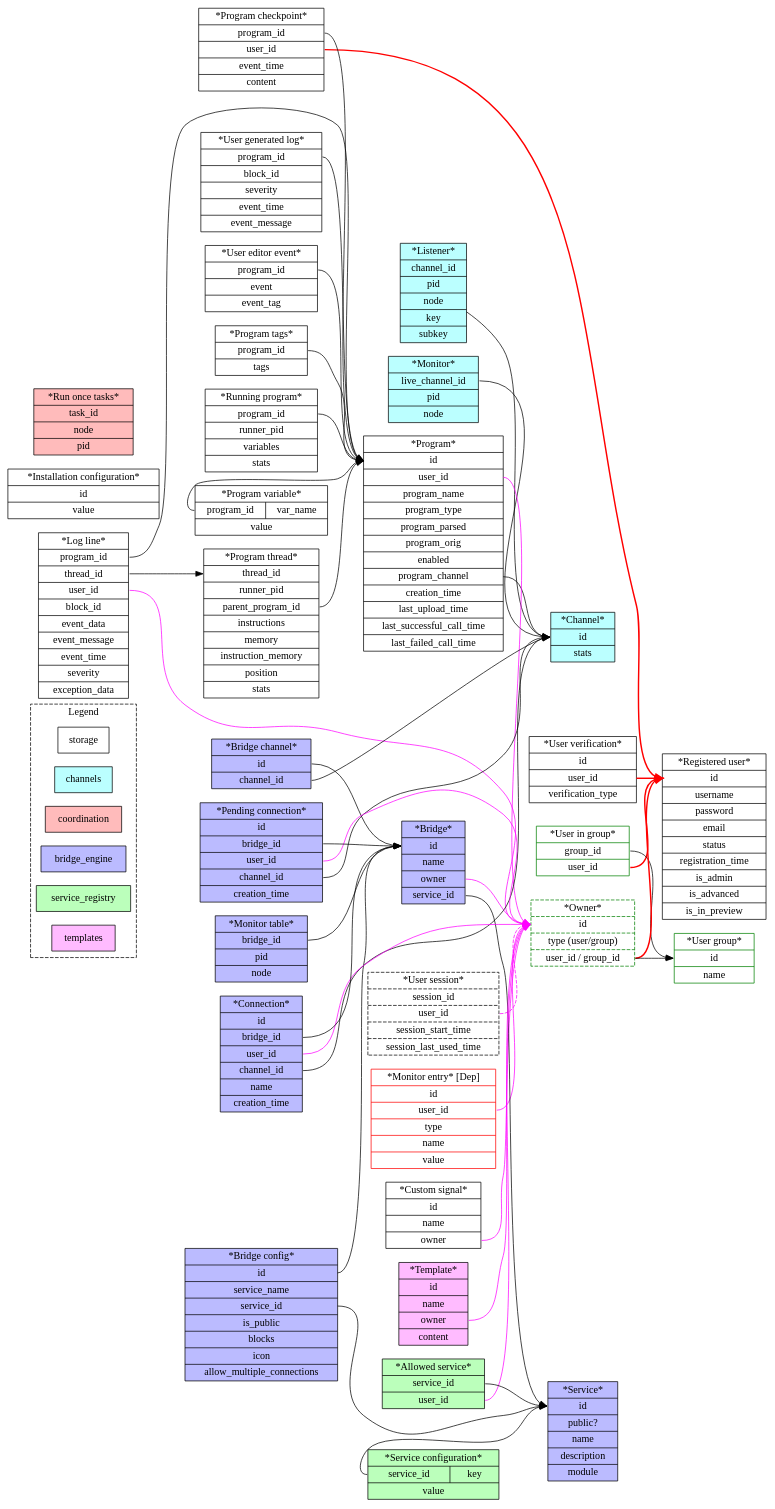
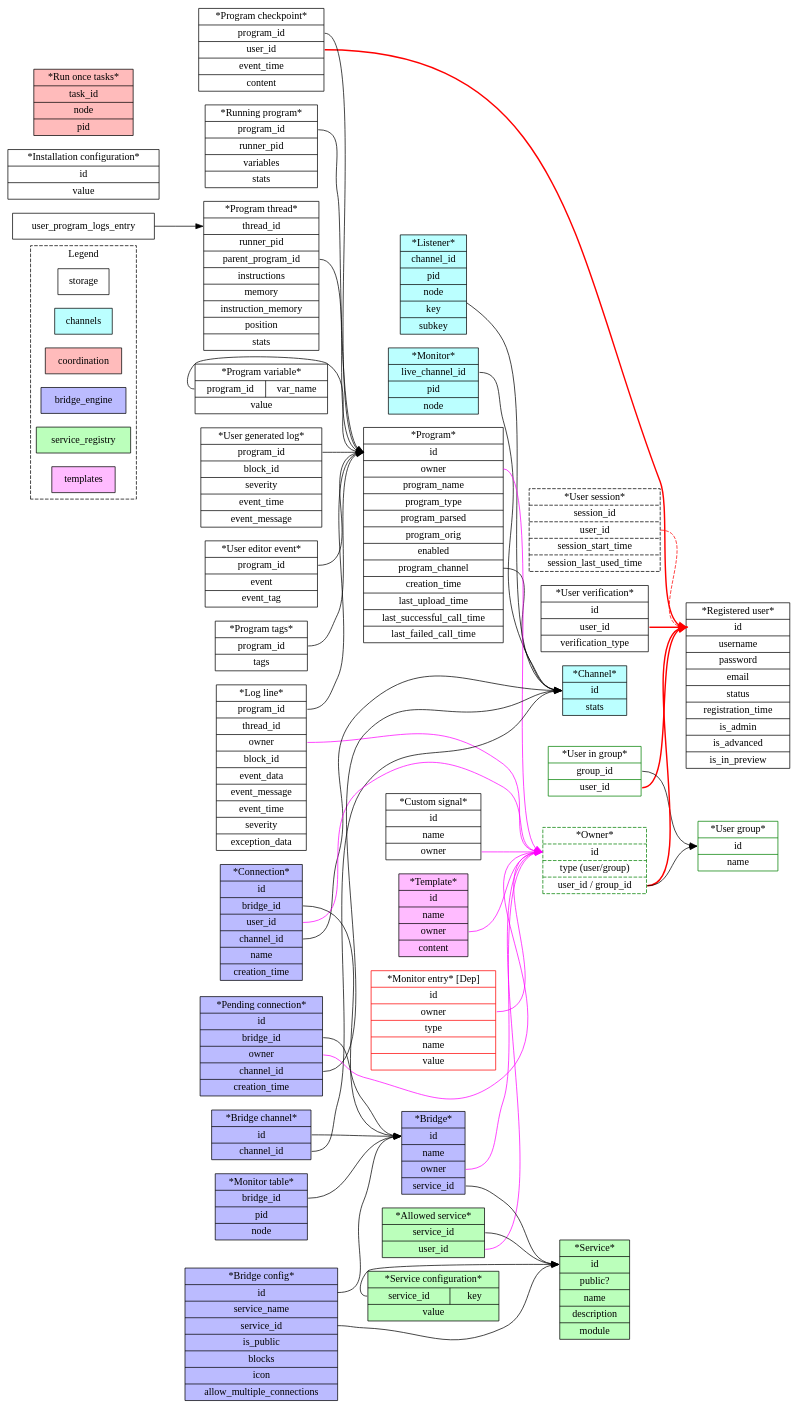
The diagram in docs/diagrams/db-model.gv (programaker-project/Programaker-Core), drawn with Graphviz before and after one commit. The commit also changed 35 other files, not shown here.

```diff
--- a/docs/diagrams/db-model.gv
+++ b/docs/diagrams/db-model.gv
@@ -1,193 +1,192 @@
 digraph g {
   rankdir=LR
   node[shape=record];
   style=dashed;
 
   subgraph cluster_legend {
     label="Legend"
 
     storage;
     channels[style=filled,fillcolor="#bbffff"];
     coordination[style=filled,fillcolor="#ffbbbb"]
     bridge_engine[style=filled,fillcolor="#bbbbff"];
     service_registry[style=filled,fillcolor="#bbffbb"]
     templates[style=filled,fillcolor="#ffbbff"]
   }
 
 
   subgraph group_core_channels {
     label="Channels";
     node[style=filled,fillcolor="#bbffff"];
-
 
     // LIVE_CHANNELS_TABLE | automate_channel_engine_live_channels_table
     live_channels_table_entry[label="*Channel* | <pk> id | stats"];
 
     // LISTENERS_TABLE | automate_channel_engine_listeners_table
     listeners_table_entry[label="*Listener*| <f0> channel_id | pid | node | key | subkey"];
     listeners_table_entry -> live_channels_table_entry:pk;
 
     // MONITORS_TABLE | automate_channel_engine_monitors_table
     monitors_table_entry[label="*Monitor* | <f0> live_channel_id | pid | node"];
     monitors_table_entry:f0 -> live_channels_table_entry:pk;
   }
 
   subgraph group_core_storage {
     label="Storage";
 
     // REGISTERED_USERS_TABLE | automate_registered_users
     registered_user_entry[label="*Registered user* | <pk> id | username | password | email | status | registration_time | is_admin | is_advanced | is_in_preview"];
 
     // User group
     user_group[
       color="green",
       label="*User group* | <pk> id | name"]
 
     // User in group
     user_in_group[color=green, 
       label="*User in group* | <f0> group_id | <f1> user_id"]
     user_in_group:f0 -> user_group:pk
     user_in_group:f1 -> registered_user_entry:pk[style=bold,color="#ff0000"];
 
     // User or group
     owner[color=green,style=dashed,
       label="*Owner* | <pk> id | type (user/group) | <f1> user_id / group_id"]
     owner:f1 -> user_group:pk
     owner:f1 -> registered_user_entry:pk[style=bold,color="#ff0000"];
 
     // USER_SESSIONS_TABLE | automate_user_sessions
     user_session_entry[style=dashed, // Maybe a permisisons-based model would be interesting
       label="*User session* | <pk> session_id | <f0> user_id | session_start_time | session_last_used_time"];
-    user_session_entry:f0 -> owner:pk[style=dashed,color="#ff00ff"];
+    user_session_entry:f0 -> registered_user_entry:pk[style=dashed,color="#ff0000"];
 
     // // USER_MONITORS_TABLE | automate_user_monitors
     monitor_entry[color=red, // Deprecated
-                  label="*Monitor entry* [Dep] | <pk> id | <f0> user_id | type | name | value"];
+                  label="*Monitor entry* [Dep] | <pk> id | <f0> owner | type | name | value"];
     monitor_entry:f0 -> owner:pk[style=normal,color="#ff00ff"];
 
     // USER_PROGRAMS_TABLE | automate_user_programs
-    user_program_entry[label="*Program* | <pk> id | <f0> user_id | program_name | program_type | program_parsed | program_orig | enabled | <f1> program_channel | creation_time | last_upload_time | last_successful_call_time | last_failed_call_time"];
+    user_program_entry[label="*Program* | <pk> id | <f0> owner | program_name | program_type | program_parsed | program_orig | enabled | <f1> program_channel | creation_time | last_upload_time | last_successful_call_time | last_failed_call_time"];
     user_program_entry:f0 -> owner:pk[style=normal,color="#ff00ff"];
     user_program_entry:f1 -> live_channels_table_entry:pk;
 
     // USER_PROGRAMS_LOGS_TABLE | automate_user_program_logs
-    user_program_logs_entry[label="*Log line* | <f0> program_id | <f1> thread_id | <f2> user_id | block_id | event_data | event_message | event_time | severity | exception_data"];
-    user_program_logs_entry:f0 -> user_program_entry:pk;
-    user_program_logs_entry:f2 -> owner:pk[style=normal,color="#ff00ff"];
+    user_program_log_entry[label="*Log line* | <f0> program_id | <f1> thread_id | <f2> owner | block_id | event_data | event_message | event_time | severity | exception_data"];
+    user_program_log_entry:f0 -> user_program_entry:pk;
+    user_program_log_entry:f2 -> owner:pk[style=normal,color="#ff00ff"];
 
     // USER_GENERATED_LOGS_TABLE | automate_user_generated_logs
     user_generated_log_entry[label="*User generated log* | <f0> program_id | block_id | severity | event_time | event_message"]
     user_generated_log_entry:f0 -> user_program_entry:pk;
 
     // USER_PROGRAM_EVENTS_TABLE | automate_user_program_events
     user_program_editor_event[label="*User editor event* | <f0> program_id | event | event_tag"]
     user_program_editor_event:f0 -> user_program_entry:pk;
 
     // USER_PROGRAM_CHECKPOINTS_TABLE | automate_user_program_checkpoints
     user_program_checkpoint[label="*Program checkpoint* | <f0> program_id | <f1> user_id | event_time | content"]
     user_program_checkpoint:f0 -> user_program_entry:pk;
     user_program_checkpoint:f1 -> registered_user_entry:pk[style=bold,color="#ff0000"];
 
     // PROGRAM_TAGS_TABLE | automate_program_tags
     program_tags_entry[label="*Program tags* | <f0> program_id | tags"];
     program_tags_entry:f0 -> user_program_entry:pk;
 
     // RUNNING_PROGRAMS_TABLE | automate_running_programs
     running_program_entry[label="*Running program*| <f0> program_id | runner_pid | variables | stats"];
     running_program_entry:f0 -> user_program_entry:pk;
 
     // RUNNING_THREADS_TABLE | automate_running_program_threads
     running_program_thread_entry[label="*Program thread* | <pk> thread_id | runner_pid | <f0> parent_program_id | instructions | memory | instruction_memory | position | stats"];
     user_program_logs_entry:f1 -> running_program_thread_entry:pk;
     running_program_thread_entry:f0 -> user_program_entry:pk;
 
     // PROGRAM_VARIABLE_TABLE | automate_program_variable_table
     program_variable_table_entry[label="*Program variable* | {<f0> program_id | var_name} | value"];
     program_variable_table_entry:f0 -> user_program_entry:pk;  // Not sure if user program or running program
 
     // CUSTOM_SIGNALS_TABLE | automate_custom_signals_table
     custom_signal_entry[label="*Custom signal* | <pk> id | name | <f0> owner"];
     custom_signal_entry:f0 -> owner:pk[style=normal,color="#ff00ff"];
 
     // INSTALLATION_CONFIGURATION_TABLE | automate_installation_configuration
     storage_configuration_entry[label="*Installation configuration* | <pk> id | value"];
 
     // USER_VERIFICATION_TABLE | automate_user_verification_table
     user_verification_entry[label="*User verification* | <pk> id | <f0> user_id | verification_type"]
     user_verification_entry:f0 -> registered_user_entry:pk[style=bold,color="#ff0000"];
   }
 
   subgraph group_coordination {
     label="Coordination";
     node[style=filled,fillcolor="#ffbbbb"];
 
     // RUN_ONCE_TASKS_TABLE | automate_coordination_run_once_tasks
     run_once_tasks_table_entry[label="*Run once tasks* | <pk> task_id | node | pid"]
   }
 
+  subgraph group_registry_services {
+    label="Service registry";
+    node[style=filled,fillcolor="#bbffbb"]
+
+    // SERVICE_REGISTRY_TABLE | automate_service_registry_services_table
+    services_table_entry[label="*Service* | <pk> id | public? | name | description | module"];
+
+    // USER_SERVICE_ALLOWANCE_TABLE | automate_service_registry_user_service_allowance_table
+    user_service_allowance_entry[label="*Allowed service*| <f0> service_id | <f1> user_id"];
+    user_service_allowance_entry:f0 -> services_table_entry:pk;
+    user_service_allowance_entry:f1 -> owner:pk[style=normal,color="#ff00ff"];
+
+    // SERVICE_CONFIGURATION_TABLE | automate_service_registry_service_configuration_table
+    service_configuration_entry[label="*Service configuration* | { <f0> service_id | key } | value "];
+    service_configuration_entry:f0 -> services_table_entry:pk;
+  }
+
   subgraph group_bridges {
     label="Bridge engine";
 
     node[style=filled,fillcolor="#bbbbff"]
 
     // SERVICE_PORT_TABLE | automate_service_port_table
     service_port_entry[label="*Bridge* | <pk> id | name | <f0> owner | <f1> service_id"]
     service_port_entry:f0 -> owner:pk[style=normal,color="#ff00ff"];
     service_port_entry:f1 -> services_table_entry:pk;
 
     // SERVICE_PORT_CONFIGURATION_TABLE | automate_service_port_configuration_table
     service_port_configuration[label="*Bridge config* | <pk> id | service_name | <f0> service_id | is_public | blocks | icon | allow_multiple_connections"]
     service_port_configuration:pk -> service_port_entry:pk;
     service_port_configuration:f0 -> services_table_entry:pk
 
 
     // SERVICE_PORT_CHANNEL_TABLE | automate_service_port_channel_table
     service_port_monitor_channel_entry[label="*Bridge channel* | <pk> id | <f0> channel_id"]
     service_port_monitor_channel_entry:pk -> service_port_entry:pk;
     service_port_monitor_channel_entry:f0 -> live_channels_table_entry:pk;
 
     // SERVICE_PORT_CHANNEL_MONITORS_TABLE | automate_service_port_channel_monitors_table
     channel_monitor_table_entry[label="*Monitor table* | {<f0> bridge_id} | pid | node"]
     channel_monitor_table_entry:f0 -> service_port_entry:pk
 
     // USER_TO_BRIDGE_CONNECTION_TABLE | automate_service_port_channel_user_to_bridge_connection_table    // Bridge connection
     user_to_bridge_connection_entry[
                      label="*Connection* | <pk> id | <f0> bridge_id | <f1> user_id | <f2> channel_id | name | creation_time"]
     user_to_bridge_connection_entry:f0 -> service_port_entry:pk
     user_to_bridge_connection_entry:f1 -> owner:pk[style=normal,color="#ff00ff"];
     user_to_bridge_connection_entry:f2 -> live_channels_table_entry:pk
     // Connection data might store data from the bridges
 
-    pending_connection_entry[label="*Pending connection* | <pk> id | <f0> bridge_id | <f1> user_id | <f2> channel_id | creation_time"]
+    pending_connection_entry[label="*Pending connection* | <pk> id | <f0> bridge_id | <f1> owner | <f2> channel_id | creation_time"]
     pending_connection_entry:f0 -> service_port_entry:pk
     pending_connection_entry:f1 -> owner:pk[style=normal,color="#ff00ff"];
     pending_connection_entry:f2 -> live_channels_table_entry:pk
-  }
-
-  subgraph group_registry_services {
-    label="Service registry";
-    node[style=filled,fillcolor="#bbffbb"]
-
-    // SERVICE_REGISTRY_TABLE | automate_service_registry_services_table
-    services_table_entry[label="*Service* | <pk> id | public? | name | description | module"];
-
-    // USER_SERVICE_ALLOWANCE_TABLE | automate_service_registry_user_service_allowance_table
-    user_service_allowance_entry[label="*Allowed service*| <f0> service_id | <f1> user_id"];
-    user_service_allowance_entry:f0 -> services_table_entry:pk;
-    user_service_allowance_entry:f1 -> owner:pk[style=normal,color="#ff00ff"];
-
-    // SERVICE_CONFIGURATION_TABLE | automate_service_registry_service_configuration_table
-    service_configuration_entry[label="*Service configuration* | { <f0> service_id | key } | value "];
-    service_configuration_entry:f0 -> services_table_entry:pk;
   }
 
   subgraph group_core_template_engine {
     label="Template engine"
     node[style=filled,fillcolor="#ffbbff"]
 
     // TEMPLATE_TABLE | automate_template_engine_templates_table
     template_entry[label="*Template* | <pk> id | name | <f0> owner | content"]
     template_entry:f0 -> owner:pk[style=normal,color="#ff00ff"];
 
   }
 }
```
